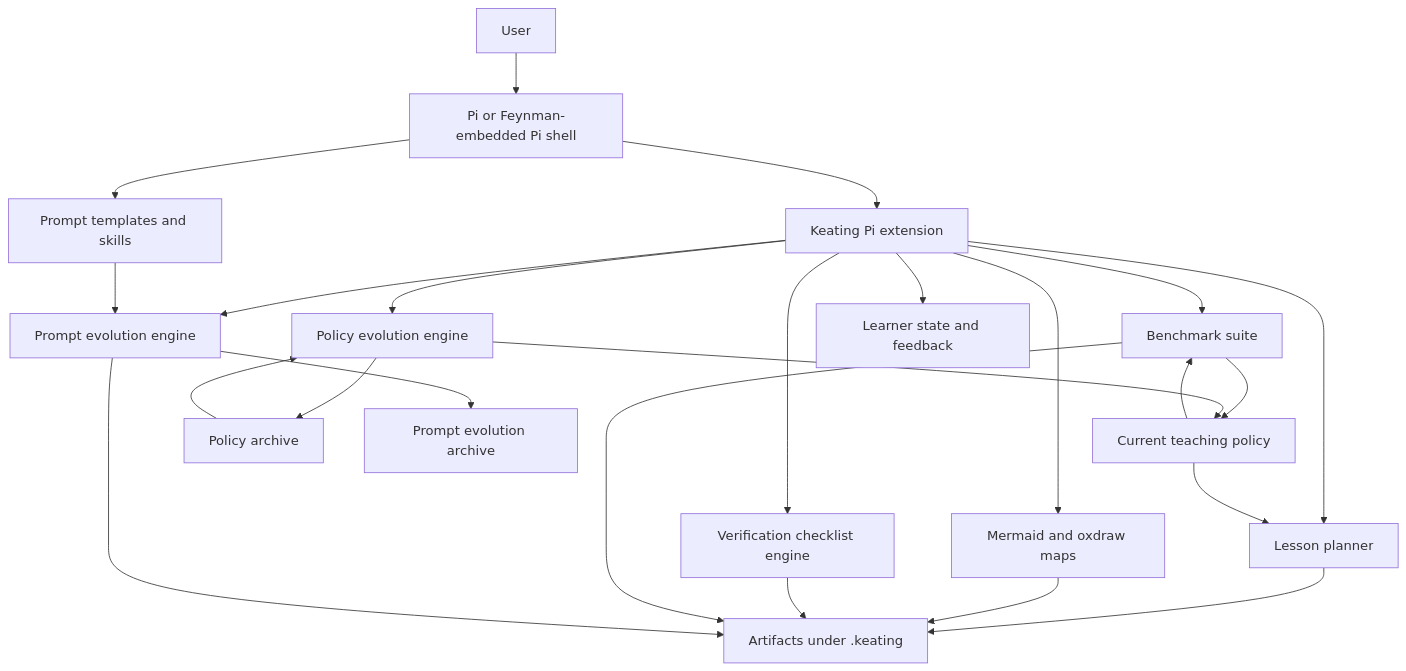
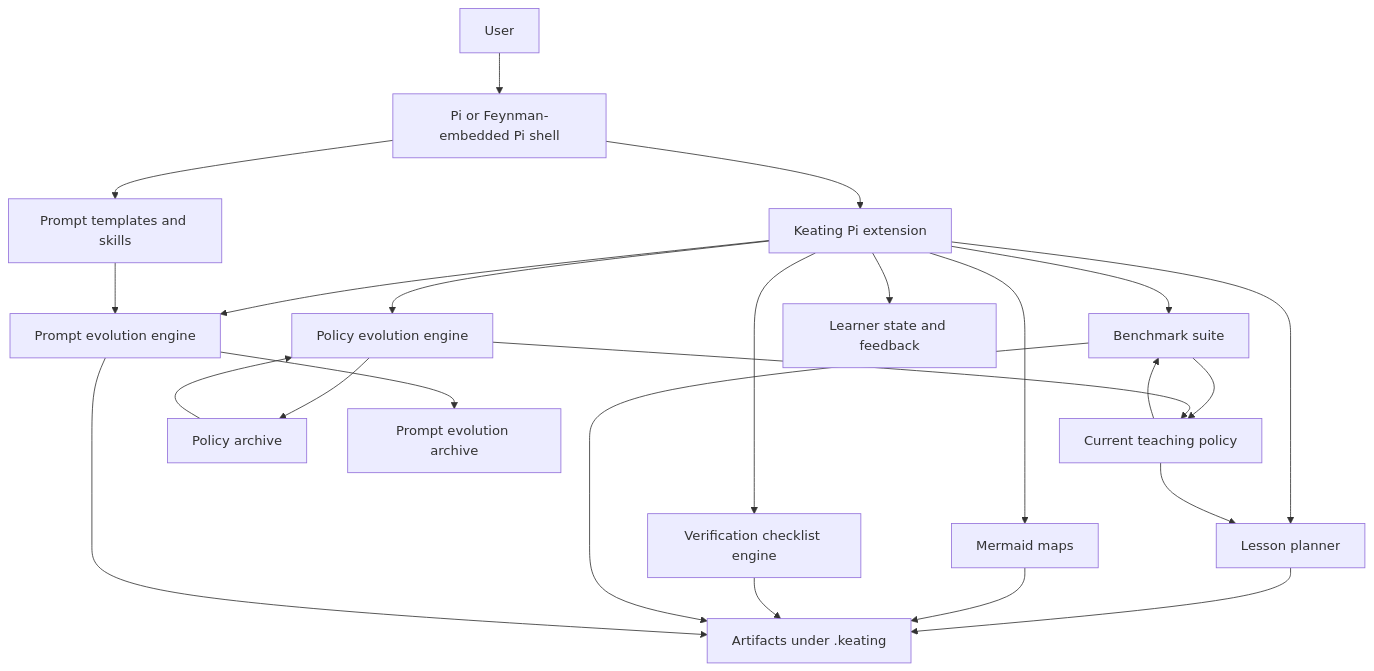
The diagram in docs/hyperteacher-architecture.mmd (Diogenesoftoronto/keating), drawn with Mermaid before and after one commit. The commit also changed 54 other files, not shown here.

```diff
--- a/docs/hyperteacher-architecture.mmd
+++ b/docs/hyperteacher-architecture.mmd
@@ -1,40 +1,40 @@
 graph TD
   user[User]
   shell[Pi or Feynman-embedded Pi shell]
   prompts[Prompt templates and skills]
   ext[Keating Pi extension]
   planner[Lesson planner]
-  maps[Mermaid and oxdraw maps]
+  maps[Mermaid maps]
   verify[Verification checklist engine]
   bench[Benchmark suite]
   evo[Policy evolution engine]
   pevo[Prompt evolution engine]
   policy[Current teaching policy]
   archive[Policy archive]
   promptsnap[Prompt evolution archive]
   learner[Learner state and feedback]
   outputs[Artifacts under .keating]
 
   user --> shell
   shell --> prompts
   shell --> ext
   ext --> planner
   ext --> maps
   ext --> verify
   ext --> bench
   ext --> evo
   ext --> pevo
   ext --> learner
   planner --> outputs
   maps --> outputs
   verify --> outputs
   bench --> outputs
   pevo --> outputs
   bench --> policy
   evo --> policy
   evo --> archive
   pevo --> promptsnap
   policy --> planner
   policy --> bench
   archive --> evo
   prompts --> pevo
```
